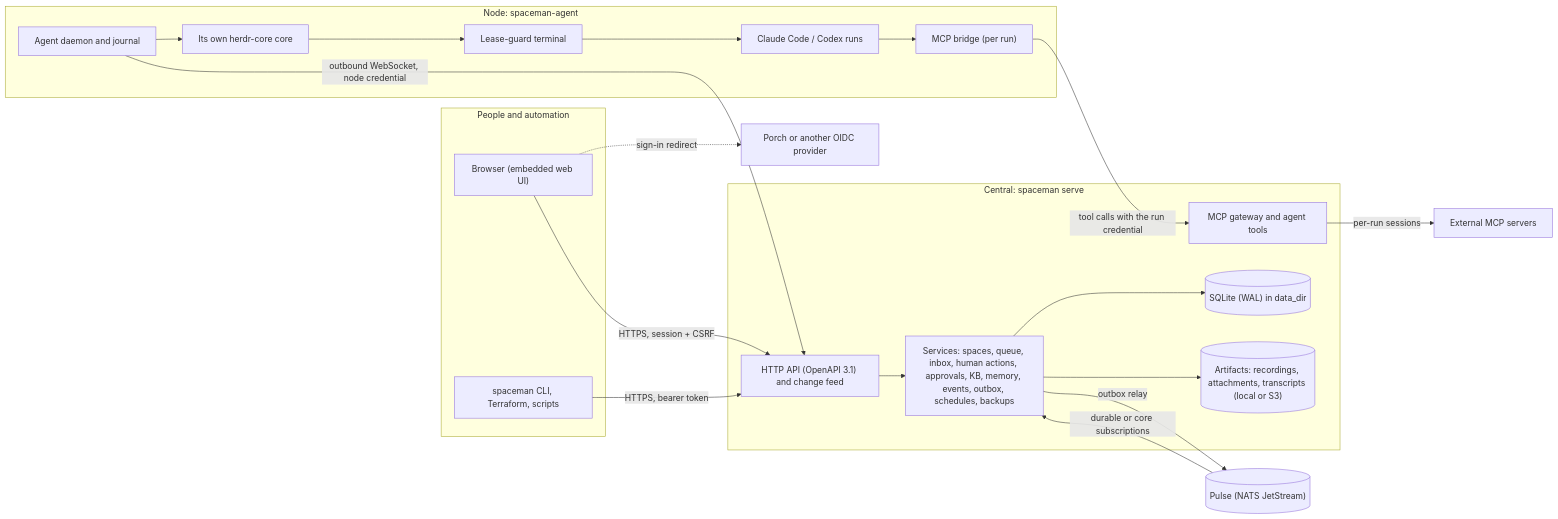
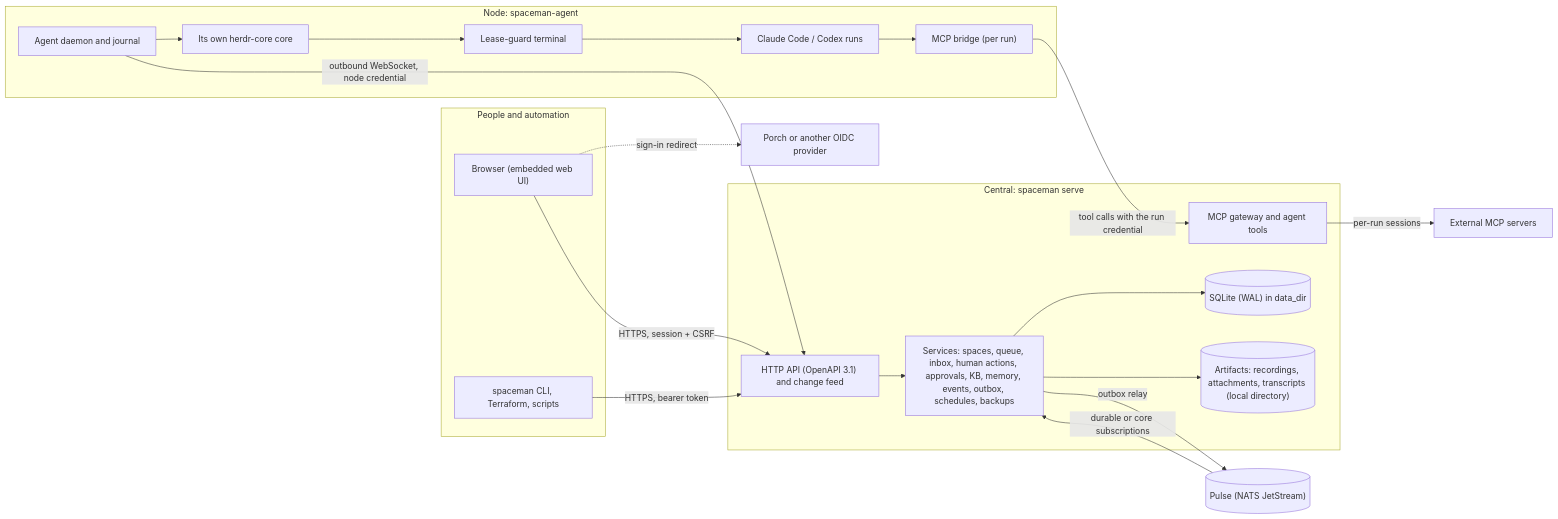
The first of 4 diagrams in site/guide/architecture.md (aurimasniekis/go-spaceman), drawn with Mermaid before and after one commit. The commit also changed other lines of this file and 11 other files, not shown here.

````diff
--- a/site/guide/architecture.md
+++ b/site/guide/architecture.md
@@ -9,39 +9,39 @@
 ```mermaid
 flowchart LR
   subgraph People["People and automation"]
     B["Browser (embedded web UI)"]
     K["spaceman CLI, Terraform, scripts"]
   end
   subgraph Central["Central: spaceman serve"]
     API["HTTP API (OpenAPI 3.1) and change feed"]
     SVC["Services: spaces, queue, inbox, human actions, approvals, KB, memory, events, outbox, schedules, backups"]
     GW["MCP gateway and agent tools"]
     DB[("SQLite (WAL) in data_dir")]
-    ART[("Artifacts: recordings, attachments, transcripts (local or S3)")]
+    ART[("Artifacts: recordings, attachments, transcripts (local directory)")]
   end
   subgraph Node["Node: spaceman-agent"]
     AG["Agent daemon and journal"]
     HC["Its own herdr-core core"]
     LG["Lease-guard terminal"]
     R["Claude Code / Codex runs"]
     BR["MCP bridge (per run)"]
   end
   PULSE[("Pulse (NATS JetStream)")]
   UP["External MCP servers"]
   IDP["Porch or another OIDC provider"]
   B -->|"HTTPS, session + CSRF"| API
   K -->|"HTTPS, bearer token"| API
   API --> SVC
   SVC --> DB
   SVC --> ART
   AG -->|"outbound WebSocket, node credential"| API
   AG --> HC
   HC --> LG
   LG --> R
   R --> BR
   BR -->|"tool calls with the run credential"| GW
   GW -->|"per-run sessions"| UP
   PULSE -->|"durable or core subscriptions"| SVC
   SVC -->|"outbox relay"| PULSE
   B -.->|"sign-in redirect"| IDP
 ```
````
